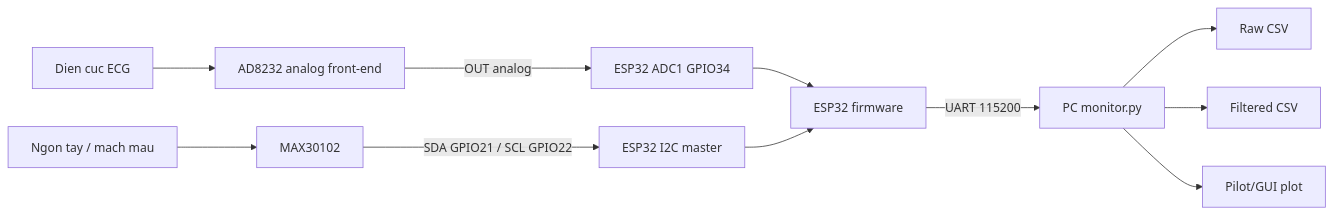
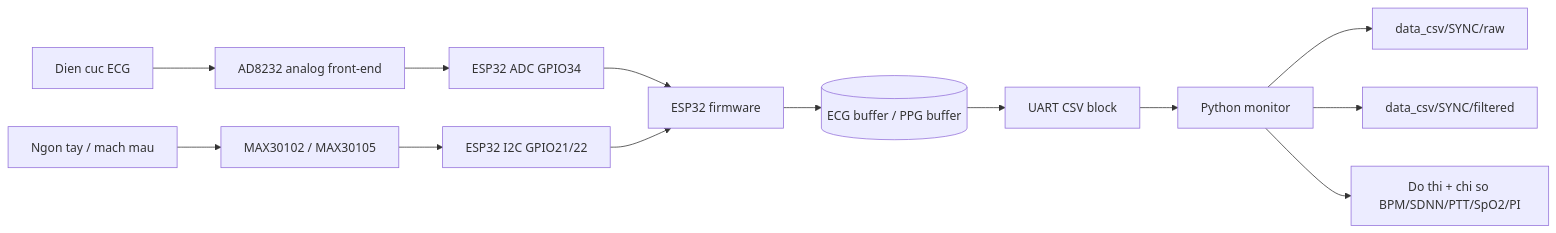
One commit to toanzz25/ECG_PPG_SYNC changed the first of 3 diagrams in README.md. Above: the diagram before and after it, drawn with Mermaid. The commit also changed other lines of this file and 50 other files, not shown here.

````diff
--- a/README.md
+++ b/README.md
@@ -27,15 +59,19 @@
 ```mermaid
 flowchart LR
-  E1[Dien cuc ECG] --> AD8232[AD8232 analog front-end]
-  AD8232 -->|OUT analog| ADC[ESP32 ADC1 GPIO34]
+    E1[Dien cuc ECG] --> AD8232[AD8232 analog front-end]
+    AD8232 --> ADC[ESP32 ADC GPIO34]
 
-  F1[Ngon tay / mach mau] --> MAX[MAX30102]
-  MAX -->|SDA GPIO21 / SCL GPIO22| I2C[ESP32 I2C master]
+    F1[Ngon tay / mach mau] --> MAX[MAX30102 / MAX30105]
+    MAX --> I2C[ESP32 I2C GPIO21/22]
 
-  ADC --> ESP[ESP32 firmware]
-  I2C --> ESP
-  ESP -->|UART 115200| PC[PC monitor.py]
-  PC --> RAW[Raw CSV]
-  PC --> FILT[Filtered CSV]
-  PC --> PLOT[Pilot/GUI plot]
+    ADC --> FW[ESP32 firmware]
+    I2C --> FW
+
+    FW --> RAM[(ECG buffer / PPG buffer)]
+    RAM --> UART[UART CSV block]
+    UART --> PC[Python monitor]
+
+    PC --> RAW[data_csv/SYNC/raw]
+    PC --> FILTERED[data_csv/SYNC/filtered]
+    PC --> UI[Do thi + chi so BPM/SDNN/PTT/SpO2/PI]
 ```
````
